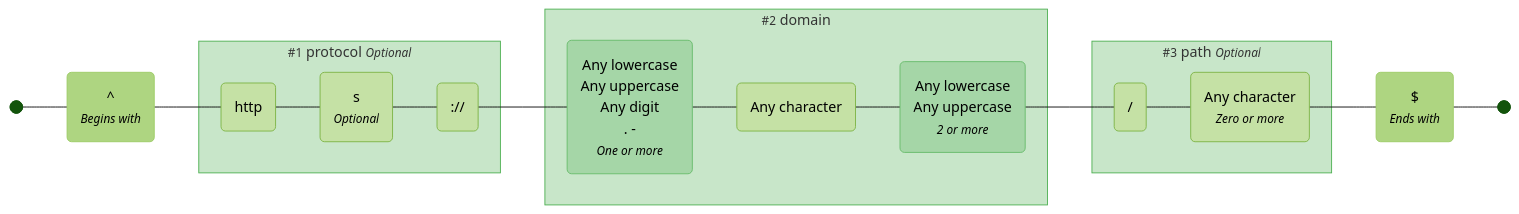
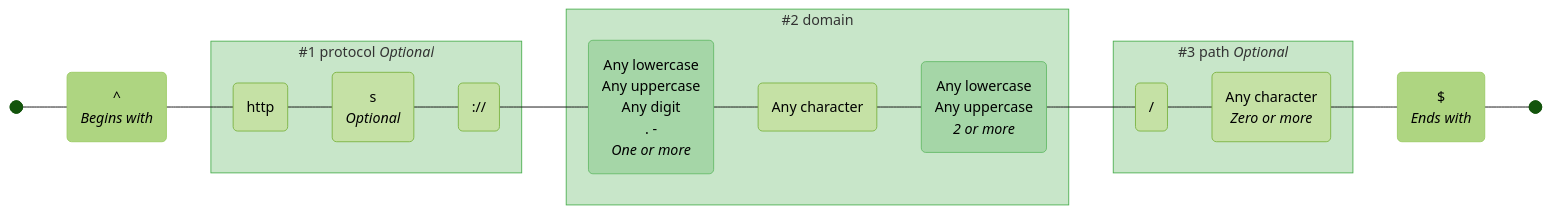
One commit to tayles/regex-to-mermaid changed the fourth of 5 diagrams in THEMES.md. Above: the diagram before and after it, drawn with Mermaid. The commit also changed other lines of this file and 37 other files, not shown here.

````diff
--- a/THEMES.md
+++ b/THEMES.md
@@ -301,67 +301,67 @@
 ```mermaid
 ---
 config:
   theme: forest
 ---
 
 graph LR
   accTitle: "Regex: ^(?<protocol>https?:\\/\\/)?(?<domain>[a-zA-Z0-9.-]+\\.[a-zA-Z]{2,})(?<path>\\/.*)?$"
   accDescr: "Generated with regex-to-mermaid@1.0.3"
 
   %% Nodes
   start@{ shape: f-circ };
   fin@{ shape: f-circ };
-  assertion_1("^<br><i><small>Begins with</small></i>"):::assertion;
+  assertion_1("^<br><i>Begins with</i>"):::assertion;
   literal_1("http"):::literal;
-  literal_2("s<br><i><small>Optional</small></i>"):::literal;
+  literal_2("s<br><i>Optional</i>"):::literal;
   literal_3("://"):::literal;
-  char_class_1("Any lowercase<br>Any uppercase<br>Any digit<br>. -<br><i><small>One or more</small></i>"):::char-class;
+  char_class_1("Any lowercase<br>Any uppercase<br>Any digit<br>. -<br><i>One or more</i>"):::char-class;
   literal_4("Any character"):::literal;
-  char_class_2("Any lowercase<br>Any uppercase<br><i><small>2 or more</small></i>"):::char-class;
+  char_class_2("Any lowercase<br>Any uppercase<br><i>2 or more</i>"):::char-class;
   literal_5("/"):::literal;
-  literal_6("Any character<br><i><small>Zero or more</small></i>"):::literal;
-  assertion_2("$<br><i><small>Ends with</small></i>"):::assertion;
+  literal_6("Any character<br><i>Zero or more</i>"):::literal;
+  assertion_2("$<br><i>Ends with</i>"):::assertion;
 
   %% Subgraphs
-  subgraph named_capture_1 ["<small>#1</small> protocol <small><i>Optional</i></small>"]
+  subgraph named_capture_1 ["#1 protocol <i>Optional</i>"]
     literal_1
     literal_2
     literal_3
   end
 
-  subgraph named_capture_2 ["<small>#2</small> domain"]
+  subgraph named_capture_2 ["#2 domain"]
     char_class_1
     literal_4
     char_class_2
   end
 
-  subgraph named_capture_3 ["<small>#3</small> path <small><i>Optional</i></small>"]
+  subgraph named_capture_3 ["#3 path <i>Optional</i>"]
     literal_5
     literal_6
   end
 
   %% Edges
   start --- assertion_1;
   assertion_1 --- literal_1;
   literal_1 --- literal_2;
   literal_2 --- literal_3;
   literal_3 --- char_class_1;
   char_class_1 --- literal_4;
   literal_4 --- char_class_2;
   char_class_2 --- literal_5;
   literal_5 --- literal_6;
   literal_6 --- assertion_2;
   assertion_2 --- fin;
 
   %% Styles
   %% Node Styling
   classDef assertion fill:#AED581,stroke:#9CCC65;
   classDef literal fill:#C5E1A5,stroke:#7CB342;
   classDef char-class fill:#A5D6A7,stroke:#66BB6A;
 
   %% Group Styling
   classDef named-capture fill:#C8E6C9,stroke:#4CAF50;
 
   %% Apply Group Classes
   class named_capture_1,named_capture_2,named_capture_3 named-capture;
 ```
````
